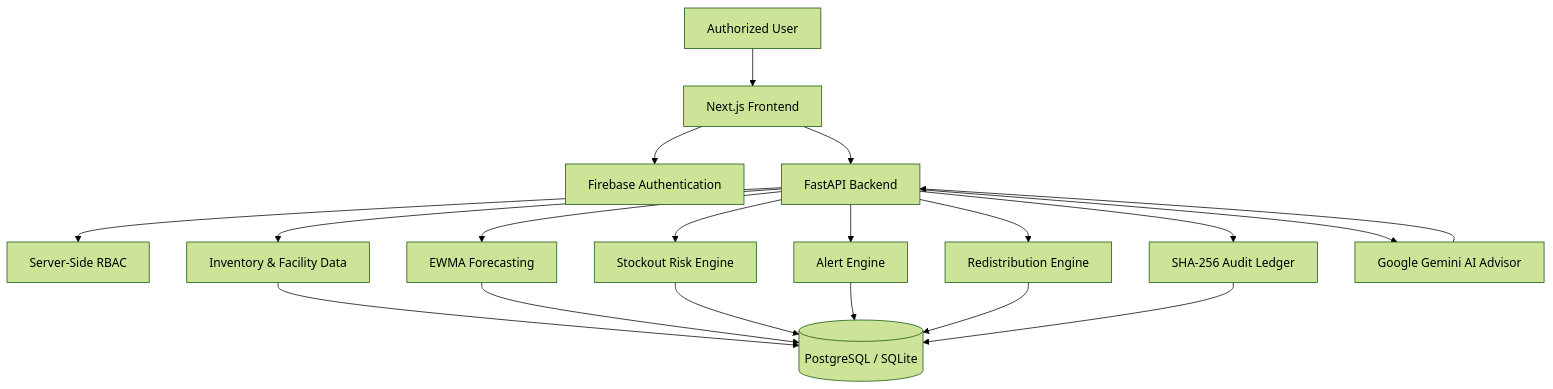
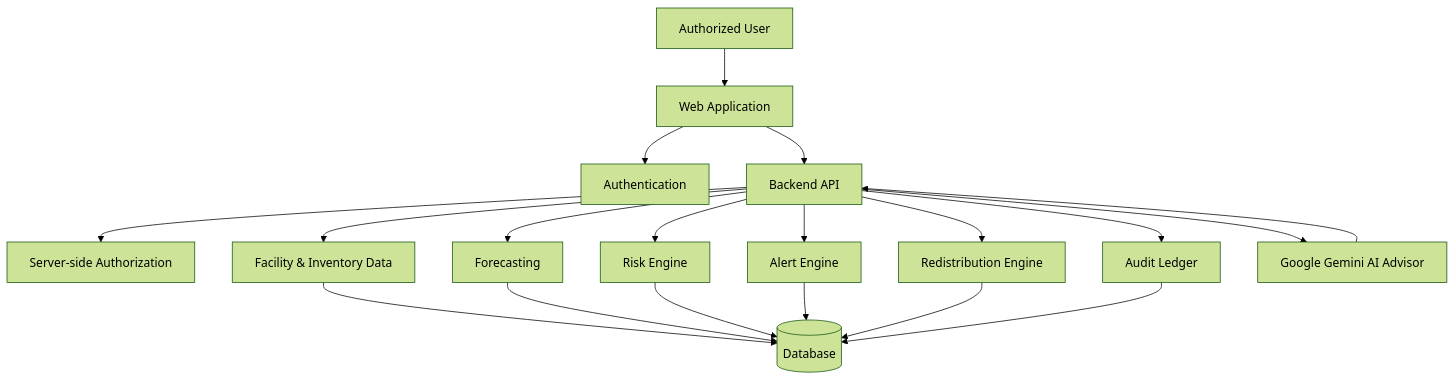
One commit to Halanaaz1401/healysis-sentry-network changed the diagram in README.md. Above: the diagram before and after it, drawn with Mermaid (forest theme). The commit also changed other lines of this file, not shown here.

````diff
--- a/README.md
+++ b/README.md
@@ -342,35 +348,35 @@
-``` mermaid
+```mermaid
 flowchart TD
     User["Authorized User"]
-    Frontend["Next.js Frontend"]
-    Auth["Firebase Authentication"]
-    API["FastAPI Backend"]
-    RBAC["Server-Side RBAC"]
-    Inventory["Inventory & Facility Data"]
-    Forecast["EWMA Forecasting"]
-    Risk["Stockout Risk Engine"]
+    Frontend["Web Application"]
+    Auth["Authentication"]
+    API["Backend API"]
+    RBAC["Server-side Authorization"]
+    Data["Facility & Inventory Data"]
+    Forecast["Forecasting"]
+    Risk["Risk Engine"]
     Alerts["Alert Engine"]
-    Redistribution["Redistribution Engine"]
-    Audit["SHA-256 Audit Ledger"]
+    Redis["Redistribution Engine"]
+    Audit["Audit Ledger"]
     Gemini["Google Gemini AI Advisor"]
-    DB[("PostgreSQL / SQLite")]
+    DB[("Database")]
 
     User --> Frontend
     Frontend --> Auth
     Frontend --> API
     API --> RBAC
-    API --> Inventory
+    API --> Data
     API --> Forecast
     API --> Risk
     API --> Alerts
-    API --> Redistribution
+    API --> Redis
     API --> Audit
-    Inventory --> DB
+    API --> Gemini
+    Data --> DB
     Forecast --> DB
     Risk --> DB
     Alerts --> DB
-    Redistribution --> DB
+    Redis --> DB
     Audit --> DB
-    API --> Gemini
     Gemini --> API
 ```
````
